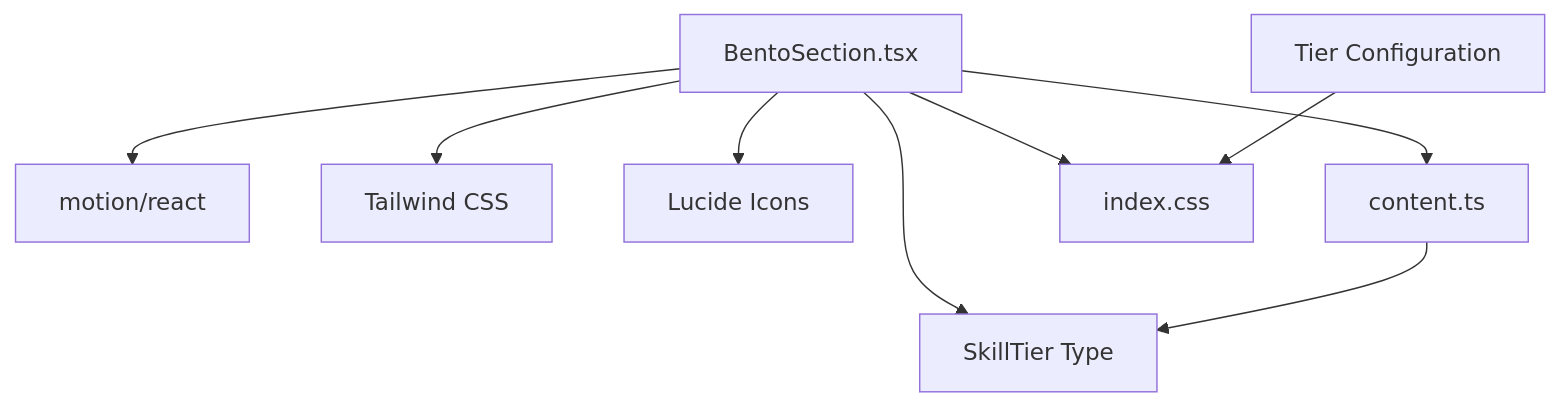
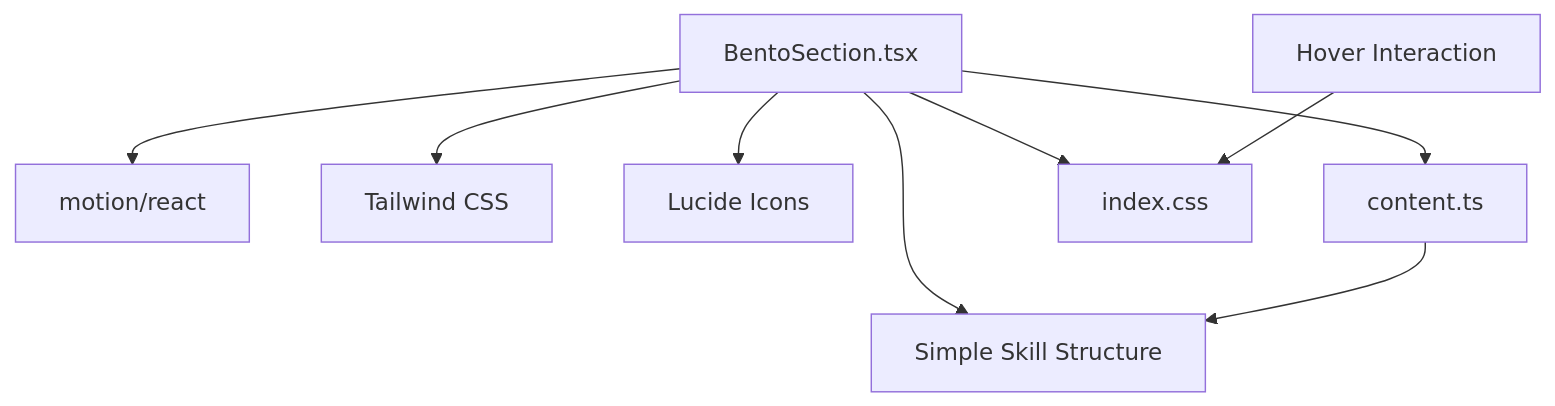
The fourth of 4 diagrams in .qoder/repowiki/en/content/Component Library & UI Elements/BentoSection Component.md (subash7781/Portfolio), drawn with Mermaid before and after one commit. The commit also changed other lines of this file and 3 other files, not shown here.

````diff
--- a/.qoder/repowiki/en/content/Component Library & UI Elements/BentoSection Component.md
+++ b/.qoder/repowiki/en/content/Component Library & UI Elements/BentoSection Component.md
@@ -290,11 +292,11 @@
 ```mermaid
 graph TB
 Bento["BentoSection.tsx"] --> MotionLib["motion/react"]
 Bento --> TailwindLib["Tailwind CSS"]
 Bento --> Icons["Lucide Icons"]
 Bento --> Content["content.ts"]
 Bento --> Styles["index.css"]
-Bento --> TierTypes["SkillTier Type"]
-Content --> TierTypes
-TierConfig["Tier Configuration"] --> Styles
+Bento --> SimpleType["Simple Skill Structure"]
+Content --> SimpleType
+HoverSystem["Hover Interaction"] --> Styles
 ```
````
